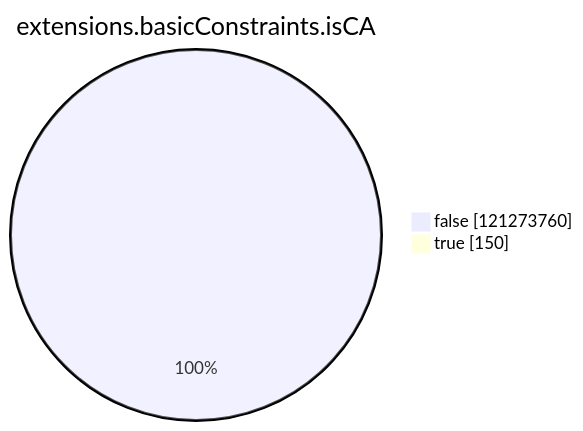
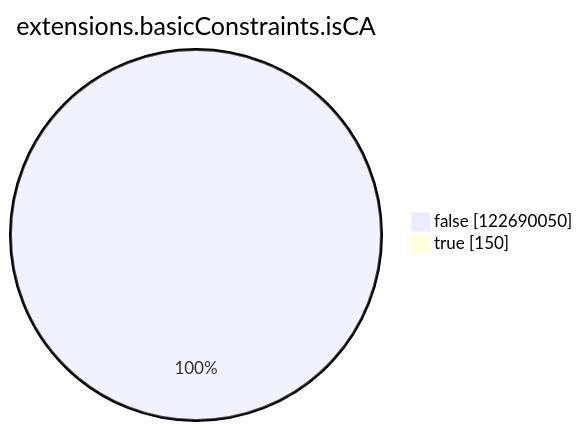
The seventh of 15 diagrams in xenon2023/README.md (christiankrug/ctmonitor_visualization), drawn with Mermaid before and after one commit. The commit also changed other lines of this file, not shown here.

````diff
--- a/xenon2023/README.md
+++ b/xenon2023/README.md
@@ -2159,6 +2165,6 @@
 ```mermaid
 pie showData
 title extensions.basicConstraints.isCA
-"false" :121273760
+"false" :122690050
 "true" :150
 ```
````
